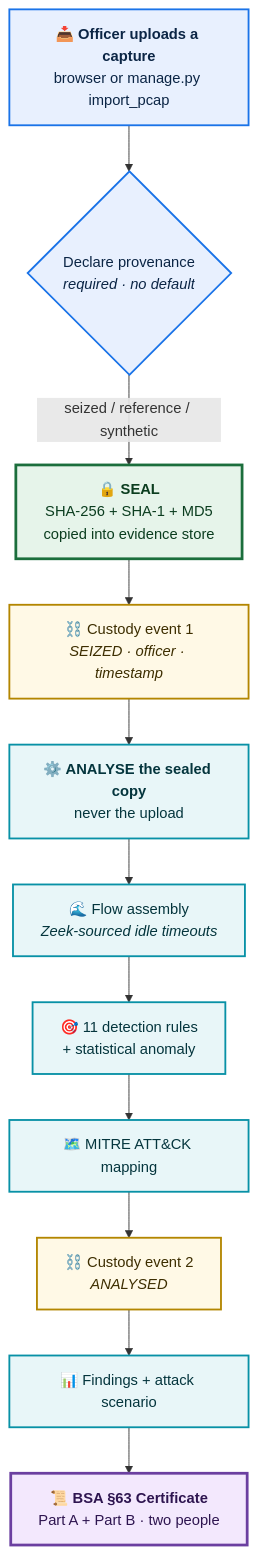
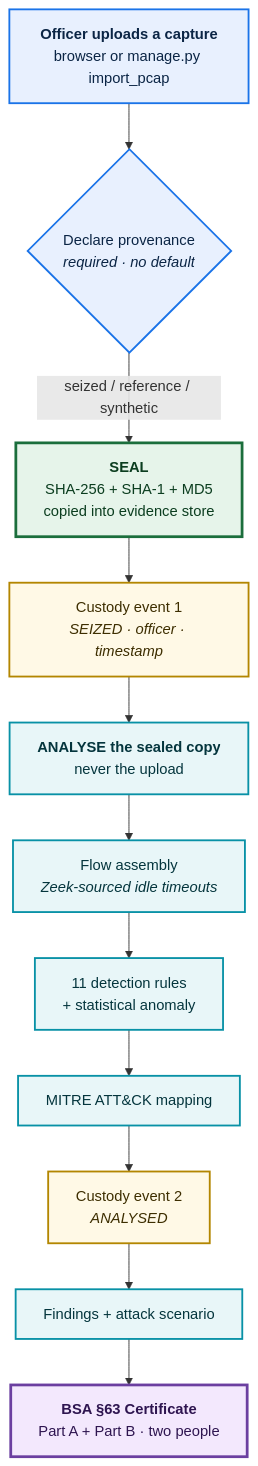
One commit to Anbu-00001/NetForensiq changed the second of 10 diagrams in README.md. Above: the diagram before and after it, drawn with Mermaid. The commit also changed other lines of this file and 29 other files, not shown here.

````diff
--- a/README.md
+++ b/README.md
@@ -105,31 +132,31 @@
 ```mermaid
 flowchart TD
-    U["📥 <b>Officer uploads a capture</b><br/>browser or manage.py import_pcap"]
+    U["<b>Officer uploads a capture</b><br/>browser or manage.py import_pcap"]
     P{"Declare provenance<br/><i>required · no default</i>"}
-    S["🔒 <b>SEAL</b><br/>SHA-256 + SHA-1 + MD5<br/>copied into evidence store"]
-    C1["⛓️ Custody event 1<br/><i>SEIZED · officer · timestamp</i>"]
-    A["⚙️ <b>ANALYSE the sealed copy</b><br/>never the upload"]
-    F["🌊 Flow assembly<br/><i>Zeek-sourced idle timeouts</i>"]
-    D["🎯 11 detection rules<br/>+ statistical anomaly"]
-    M["🗺️ MITRE ATT&amp;CK mapping"]
-    C2["⛓️ Custody event 2<br/><i>ANALYSED</i>"]
-    R["📊 Findings + attack scenario"]
-    CERT["📜 <b>BSA §63 Certificate</b><br/>Part A + Part B · two people"]
+    S["<b>SEAL</b><br/>SHA-256 + SHA-1 + MD5<br/>copied into evidence store"]
+    C1["Custody event 1<br/><i>SEIZED · officer · timestamp</i>"]
+    A["<b>ANALYSE the sealed copy</b><br/>never the upload"]
+    F["Flow assembly<br/><i>Zeek-sourced idle timeouts</i>"]
+    D["11 detection rules<br/>+ statistical anomaly"]
+    M["MITRE ATT&amp;CK mapping"]
+    C2["Custody event 2<br/><i>ANALYSED</i>"]
+    R["Findings + attack scenario"]
+    CERT["<b>BSA §63 Certificate</b><br/>Part A + Part B · two people"]
 
     U --> P
     P -->|seized / reference / synthetic| S
     S --> C1 --> A
     A --> F --> D --> M --> C2 --> R
     R --> CERT
 
     classDef intake fill:#E8F0FE,stroke:#1A73E8,stroke-width:2px,color:#0B2545
     classDef seal fill:#E6F4EA,stroke:#1B6E3C,stroke-width:3px,color:#0B3D1F
     classDef chain fill:#FFF9E6,stroke:#B38600,stroke-width:2px,color:#3D2E00
     classDef analyse fill:#E8F6F8,stroke:#0891A6,stroke-width:2px,color:#04353D
     classDef legal fill:#F3E8FD,stroke:#6B3FA0,stroke-width:3px,color:#2E1550
     class U,P intake
     class S seal
     class C1,C2 chain
     class A,F,D,M,R analyse
     class CERT legal
 ```
````
